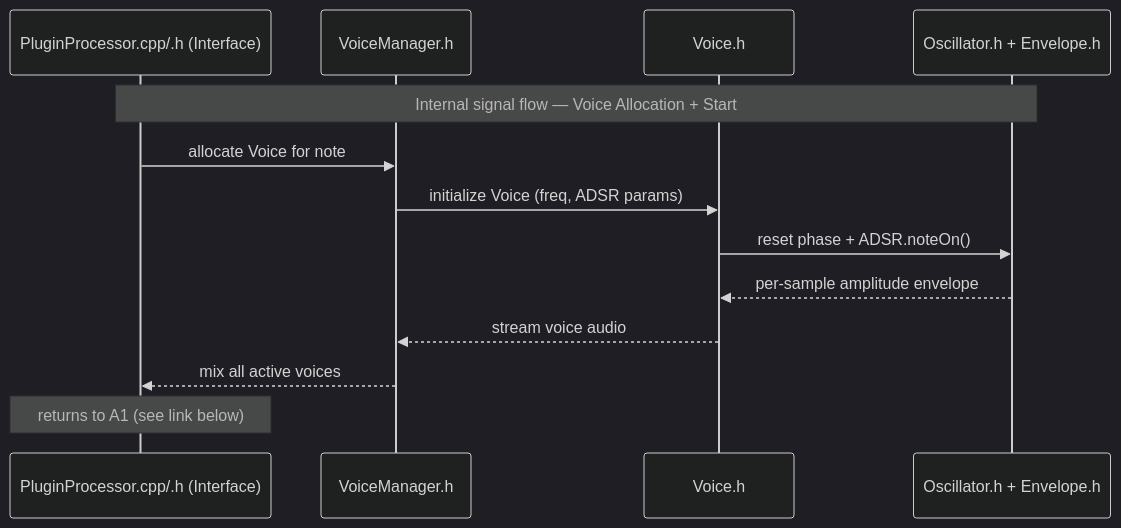
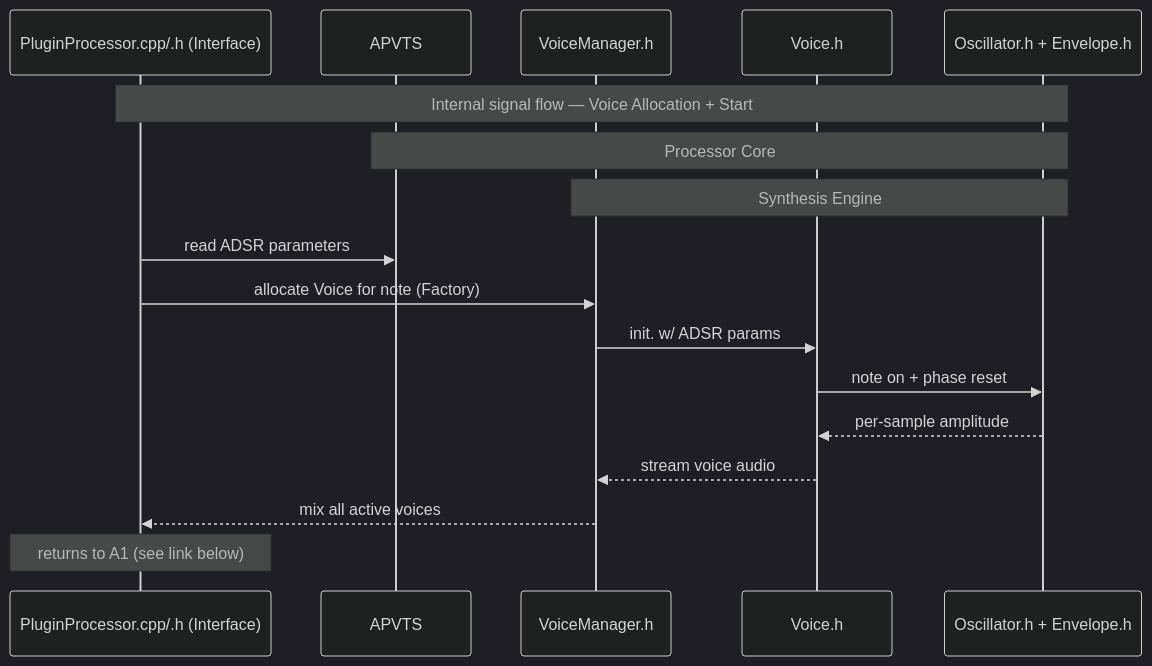
Before and after one commit to TYLERSFOSTER/MIDIControl001: the second of 6 diagrams in docs/architecture.md, drawn with Mermaid (dark theme). The commit also changed other lines of this file, not shown here.

Commit message:
plugin design

````diff
--- a/docs/architecture.md
+++ b/docs/architecture.md
@@ -41,16 +74,20 @@
 ```mermaid
 sequenceDiagram
 participant PluginProcessor as PluginProcessor.cpp/.h (Interface)
+participant ValueTree as APVTS
 participant VoiceManager as VoiceManager.h
 participant Voice as Voice.h
 participant DSP as Oscillator.h + Envelope.h
 
 Note over PluginProcessor,DSP: Internal signal flow — Voice Allocation + Start
-PluginProcessor->>VoiceManager: allocate Voice for note
-VoiceManager->>Voice: initialize Voice (freq, ADSR params)
-Voice->>DSP: reset phase + ADSR.noteOn()
-DSP-->>Voice: per-sample amplitude envelope
+Note over ValueTree,DSP: Processor Core
+Note over VoiceManager,DSP: Synthesis Engine
+PluginProcessor->>ValueTree: read ADSR parameters
+PluginProcessor->>VoiceManager: allocate Voice for note (Factory)
+VoiceManager->>Voice: init. w/ ADSR params
+Voice->>DSP: note on + phase reset
+DSP-->>Voice: per-sample amplitude
 Voice-->>VoiceManager: stream voice audio
 VoiceManager-->>PluginProcessor: mix all active voices
 Note over PluginProcessor: returns to A1 (see link below)
 ```
````
